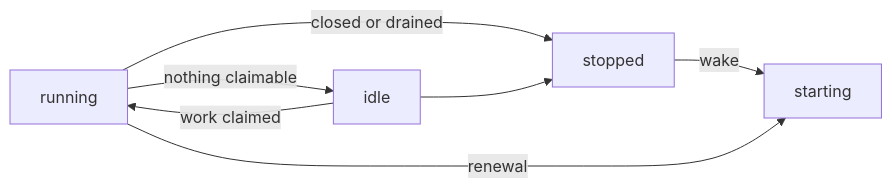
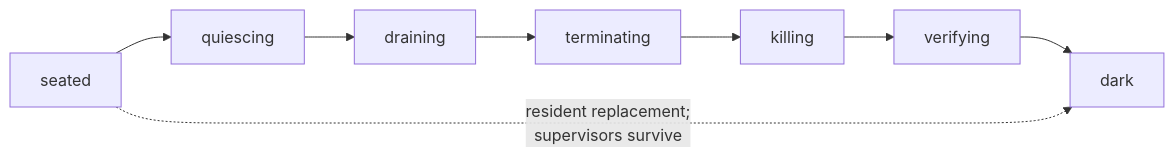
One commit to infimalabs/spice-rust changed diagram 13 of 19 in docs/product/model/states.md. Above: the diagram before and after it, drawn with Mermaid. The commit also changed other lines of this file and 71 other files, not shown here.

````diff
--- a/docs/product/model/states.md
+++ b/docs/product/model/states.md
@@ -181,9 +293,5 @@
 ```mermaid
 flowchart LR
-  R["running"] -->|"nothing claimable"| I["idle"]
-  I -->|"work claimed"| R
-  R -->|"closed or drained"| X["stopped"]
-  I --> X
-  X -->|"wake"| S["starting"]
-  R -->|"renewal"| S
+  S["seated"] --> Q["quiescing"] --> D["draining"] --> T["terminating"] --> K["killing"] --> V["verifying"] --> X["dark"]
+  S -. "resident replacement;<br/>supervisors survive" .-> X
 ```
````
